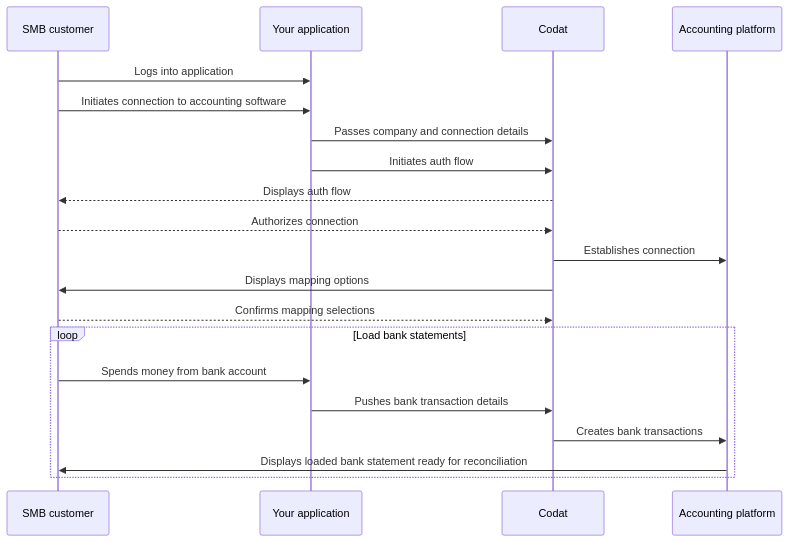
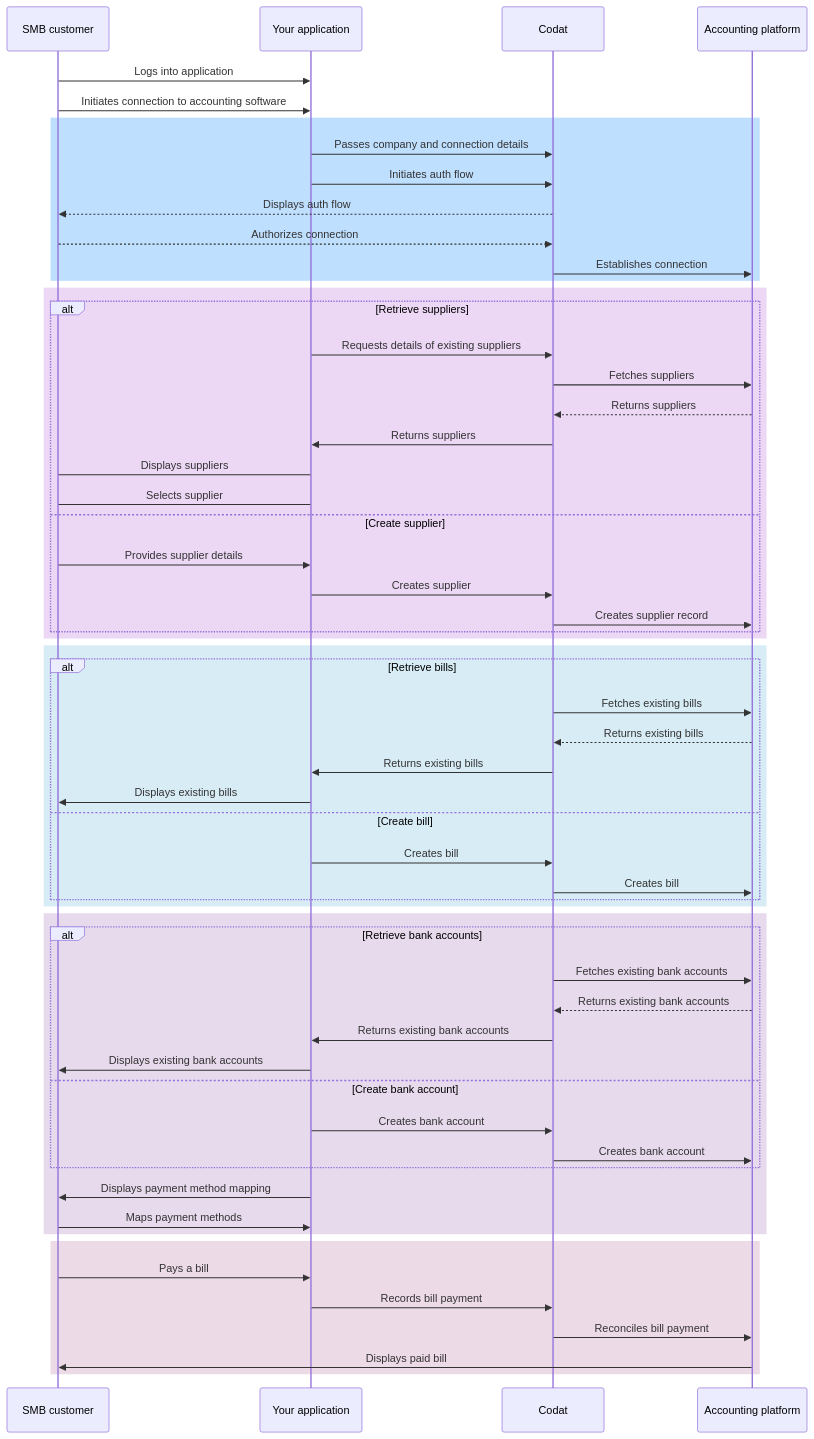
Before and after one commit to codatio/codat-docs: the first of 2 diagrams in docs/payables/get-started.md, drawn with Mermaid. The commit also changed other lines of this file and 6 other files, not shown here.

Commit message:
Updates and diagrams

````diff
--- a/docs/payables/get-started.md
+++ b/docs/payables/get-started.md
@@ -17,28 +15,68 @@
 ```mermaid
 
 sequenceDiagram
     participant smb as SMB customer
     participant app as Your application 
     participant codat as Codat
     participant acctg as Accounting platform
     
     smb ->> app: Logs into application
     smb ->> app: Initiates connection to accounting software
 
-    app ->> codat: Passes company and connection details
-    app ->> codat: Initiates auth flow
-    codat -->> smb: Displays auth flow
-    smb -->> codat: Authorizes connection
-    codat ->> acctg: Establishes connection
-    
-    codat ->> smb: Displays mapping options
-    smb -->> codat: Confirms mapping selections
-    
-    loop Load bank statements
-        smb ->> app: Spends money from bank account
-        app ->> codat: Pushes bank transaction details
-        codat ->> acctg: Creates bank transactions
-        acctg ->> smb: Displays loaded bank statement ready for reconciliation
+    rect rgb(191, 223, 255)
+      app ->> codat: Passes company and connection details
+      app ->> codat: Initiates auth flow
+      codat -->> smb: Displays auth flow
+      smb -->> codat: Authorizes connection
+      codat ->> acctg: Establishes connection
+    end
+
+    rect rgb(236, 215, 245)
+    alt Retrieve suppliers
+      app ->> codat: Requests details of existing suppliers
+      codat ->> acctg: Fetches suppliers
+      acctg -->> codat: Returns suppliers
+      codat ->> app: Returns suppliers
+      app -> smb: Displays suppliers
+      smb -> app: Selects supplier
+    else Create supplier
+      smb ->> app: Provides supplier details
+      app ->> codat: Creates supplier
+      codat ->> acctg: Creates supplier record
+    end
+    end
+
+    rect rgb(215, 236, 245)
+    alt Retrieve bills
+      codat ->> acctg: Fetches existing bills
+      acctg -->> codat: Returns existing bills
+      codat ->> app: Returns existing bills
+      app ->> smb: Displays existing bills
+    else Create bill
+      app ->> codat: Creates bill
+      codat ->> acctg: Creates bill
+    end
+    end
+
+    rect rgb(231, 218, 237)
+    alt Retrieve bank accounts
+      codat ->> acctg: Fetches existing bank accounts
+      acctg -->> codat: Returns existing bank accounts
+      codat ->> app: Returns existing bank accounts
+      app ->> smb: Displays existing bank accounts
+    else Create bank account
+      app ->> codat: Creates bank account
+      codat ->> acctg: Creates bank account
+    end
+    app ->> smb: Displays payment method mapping
+    smb ->> app: Maps payment methods
+    end
+
+    rect rgb(237, 218, 231)
+      smb ->> app: Pays a bill
+      app ->> codat: Records bill payment
+      codat ->> acctg: Reconciles bill payment
+      acctg ->> smb: Displays paid bill
     end
 
 ```
````
